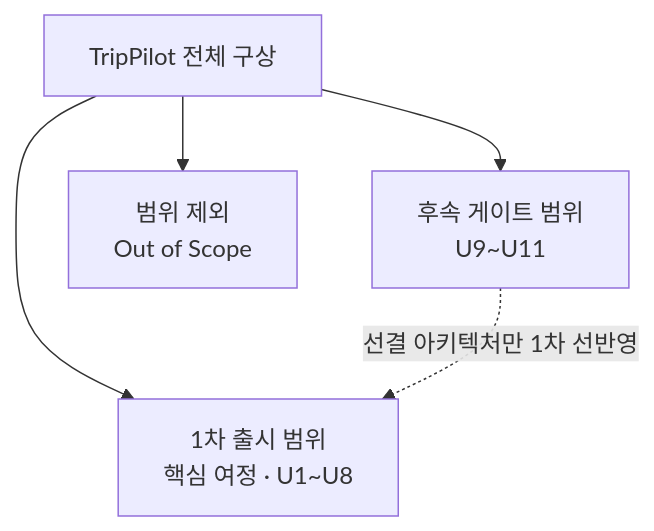
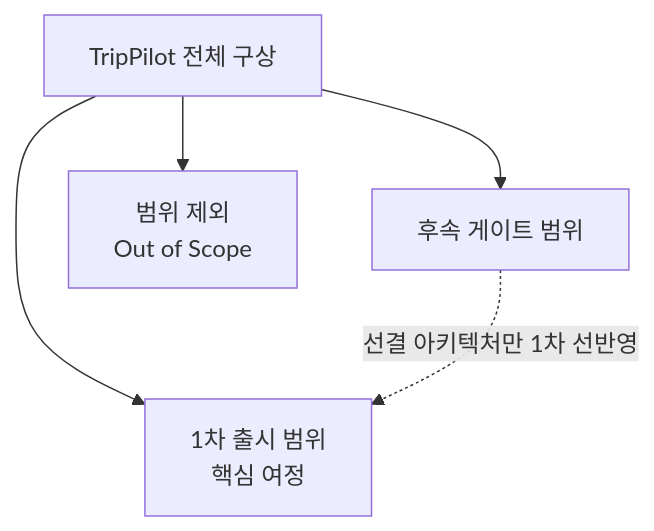
The diagram in docs/planning/scope.md (ASM-TripPilot/.github), drawn with Mermaid before and after one commit. The commit also changed other lines of this file and 5 other files, not shown here.

````diff
--- a/docs/planning/scope.md
+++ b/docs/planning/scope.md
@@ -9,7 +7,7 @@
 ```mermaid
 graph TD
-    A[TripPilot 전체 구상] --> B[1차 출시 범위<br/>핵심 여정 · U1~U8]
-    A --> C[후속 게이트 범위<br/>U9~U11]
+    A[TripPilot 전체 구상] --> B[1차 출시 범위<br/>핵심 여정]
+    A --> C[후속 게이트 범위]
     A --> D[범위 제외<br/>Out of Scope]
     C -. 선결 아키텍처만 1차 선반영 .-> B
 ```
````
